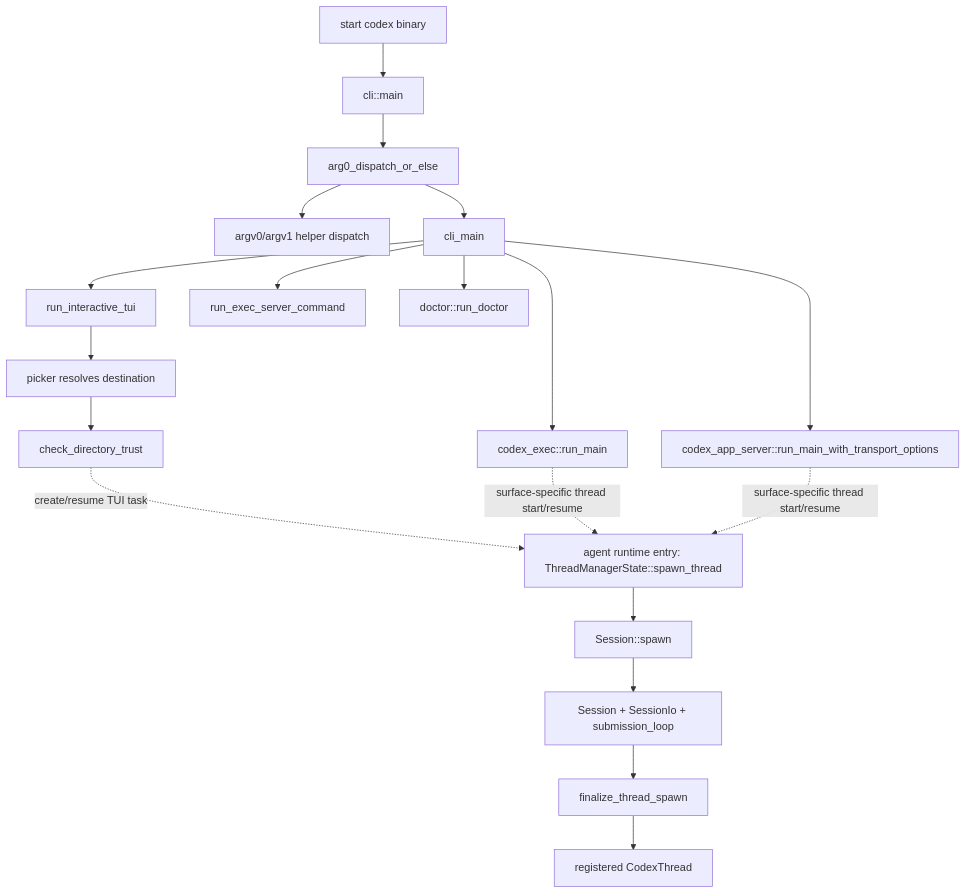
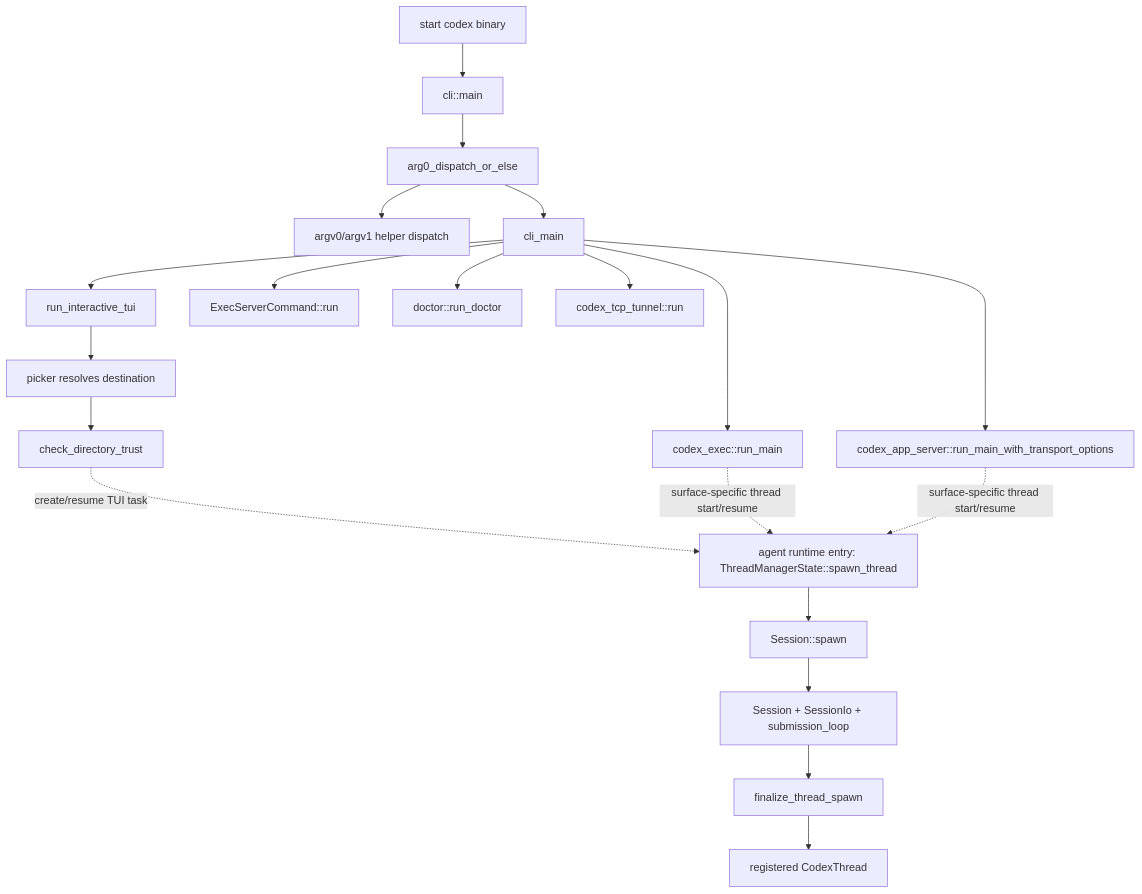
One commit to wdnmdtonyma/SOTA-Agent-LLM-Wiki changed the diagram in docs/llm-wiki/codex/spine/process-lifecycle.md. Above: the diagram before and after it, drawn with Mermaid. The commit also changed other lines of this file and 199 other files, not shown here.

````diff
--- a/docs/llm-wiki/codex/spine/process-lifecycle.md
+++ b/docs/llm-wiki/codex/spine/process-lifecycle.md
@@ -24,22 +24,23 @@
 ```mermaid
 flowchart TD
     OS["start codex binary"] --> MAIN["cli::main"]
     MAIN --> ARG0["arg0_dispatch_or_else"]
     ARG0 --> ALIAS["argv0/argv1 helper dispatch"]
     ARG0 --> CLI["cli_main"]
     CLI --> TUI["run_interactive_tui"]
     CLI --> EXEC["codex_exec::run_main"]
     CLI --> APP["codex_app_server::run_main_with_transport_options"]
-    CLI --> EXECSERVER["run_exec_server_command"]
+    CLI --> EXECSERVER["ExecServerCommand::run"]
     CLI --> DOCTOR["doctor::run_doctor"]
+    CLI --> TCP["codex_tcp_tunnel::run"]
     TUI --> PICKER["picker resolves destination"]
     PICKER --> CONSENT["check_directory_trust"]
     TM["agent runtime entry: ThreadManagerState::spawn_thread"]
     CONSENT -. "create/resume TUI task" .-> TM
     EXEC -. "surface-specific thread start/resume" .-> TM
     APP -. "surface-specific thread start/resume" .-> TM
     TM --> SPAWN["Session::spawn"]
     SPAWN --> SESSION["Session + SessionIo + submission_loop"]
     SESSION --> FINALIZE["finalize_thread_spawn"]
     FINALIZE --> THREAD["registered CodexThread"]
 ```
````
